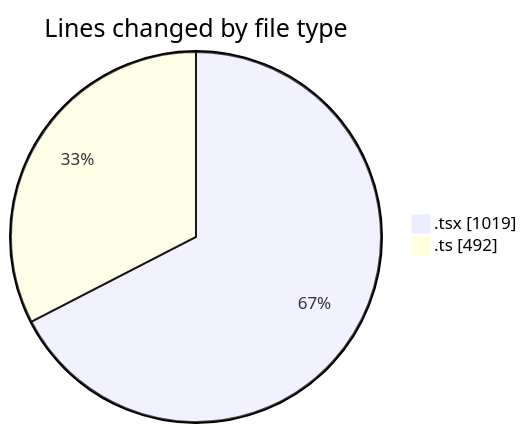
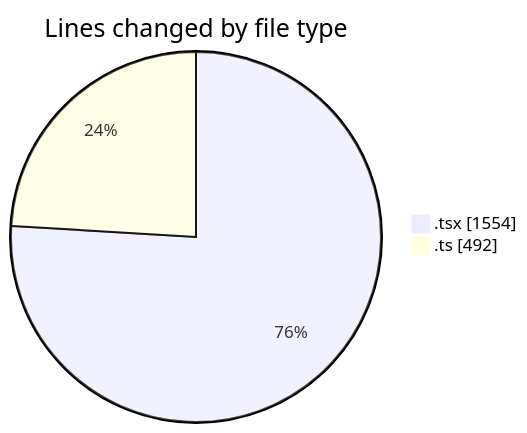
Before and after one commit to nxtqubesakshisongat/code-tracking: the first of 2 diagrams in 2026-02-19/nxtqube_webapp/README.md, drawn with Mermaid. The commit also changed other lines of this file and 1 other file, not shown here.

````diff
--- a/2026-02-19/nxtqube_webapp/README.md
+++ b/2026-02-19/nxtqube_webapp/README.md
@@ -22,6 +23,6 @@
 ```mermaid
 pie showData
 title Lines changed by file type
-".tsx" : 1019
+".tsx" : 1554
 ".ts" : 492
 ```
````
